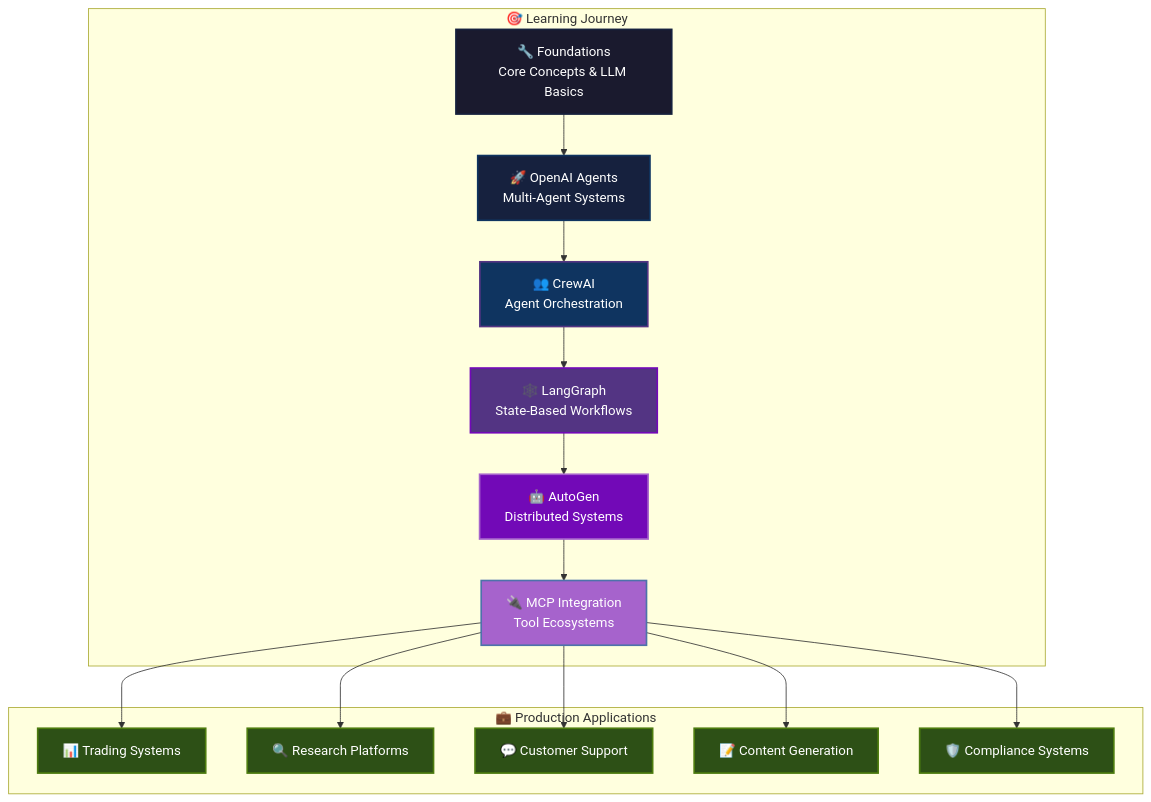
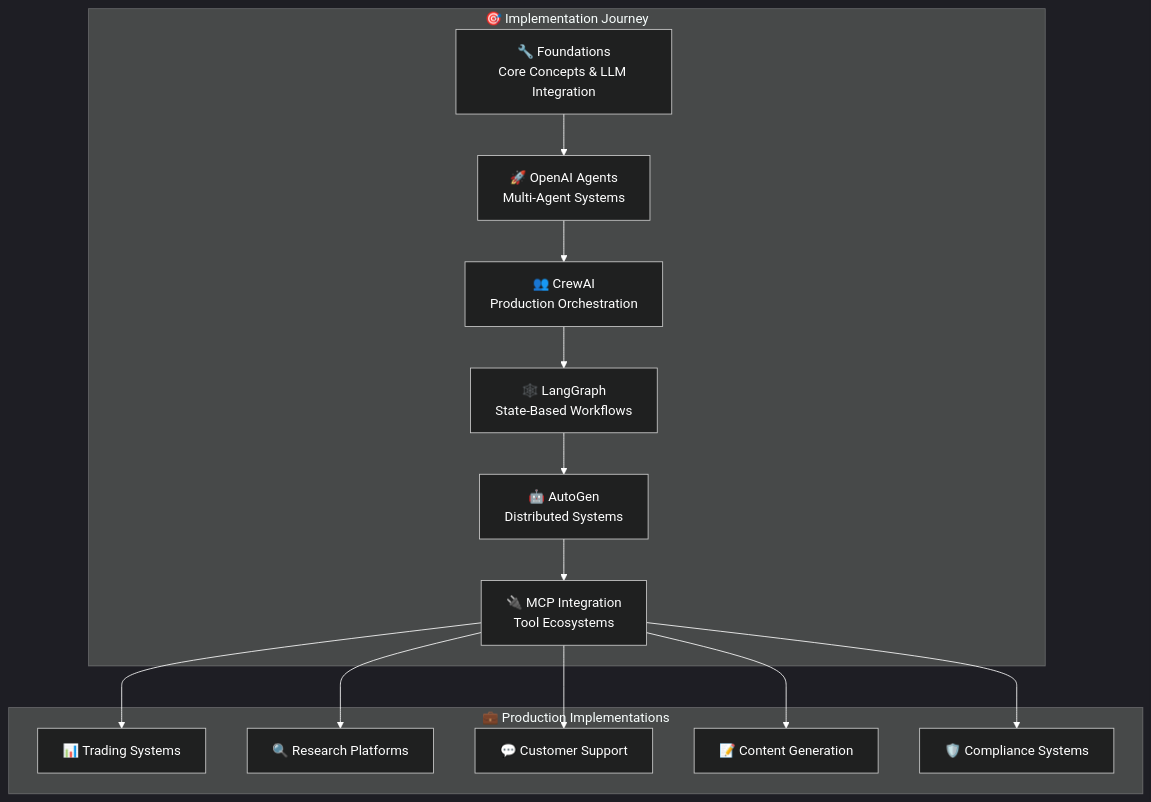
Before and after one commit to Jai-Keshav-Sharma/Agentic-AI-Frameworks: the first of 5 diagrams in README.md, drawn with Mermaid. The commit also changed other lines of this file, not shown here.

````diff
--- a/README.md
+++ b/README.md
@@ -21,40 +21,25 @@
 ```mermaid
+%%{init: {'theme':'dark', 'themeVariables': {'primaryColor': '#4CAF50', 'primaryTextColor': '#ffffff', 'primaryBorderColor': '#4CAF50', 'lineColor': '#ffffff', 'sectionBkColor': '#1e1e1e', 'altSectionBkColor': '#2d2d2d', 'gridColor': '#404040', 'textColor': '#ffffff', 'taskBkColor': '#404040', 'taskTextColor': '#ffffff', 'taskTextLightColor': '#ffffff', 'taskTextOutsideColor': '#ffffff', 'activeTaskBkColor': '#4CAF50', 'activeTaskBorderColor': '#4CAF50', 'cScale0': '#1a1a2e', 'cScale1': '#16213e', 'cScale2': '#0f3460', 'cScale3': '#533483', 'cScale4': '#7209b7', 'cScale5': '#a663cc'}}}%%
 graph TB
-    subgraph "🎯 Learning Journey"
-        A[🔧 Foundations<br/>Core Concepts & LLM Basics] --> B[🚀 OpenAI Agents<br/>Multi-Agent Systems]
-        B --> C[👥 CrewAI<br/>Agent Orchestration]
+    subgraph "🎯 Implementation Journey"
+        A[🔧 Foundations<br/>Core Concepts & LLM Integration] --> B[🚀 OpenAI Agents<br/>Multi-Agent Systems]
+        B --> C[👥 CrewAI<br/>Production Orchestration]
         C --> D[🕸️ LangGraph<br/>State-Based Workflows]
         D --> E[🤖 AutoGen<br/>Distributed Systems]
         E --> F[🔌 MCP Integration<br/>Tool Ecosystems]
     end
     
-    subgraph "💼 Production Applications"
+    subgraph "💼 Production Implementations"
         G[📊 Trading Systems]
         H[🔍 Research Platforms]
         I[💬 Customer Support]
         J[📝 Content Generation]
         K[🛡️ Compliance Systems]
     end
     
     F --> G
     F --> H
     F --> I
     F --> J
     F --> K
-    
-    classDef foundations fill:#1a1a2e,stroke:#16213e,stroke-width:2px,color:#ffffff
-    classDef openai fill:#16213e,stroke:#0f3460,stroke-width:2px,color:#ffffff
-    classDef crew fill:#0f3460,stroke:#533483,stroke-width:2px,color:#ffffff
-    classDef langgraph fill:#533483,stroke:#7209b7,stroke-width:2px,color:#ffffff
-    classDef autogen fill:#7209b7,stroke:#a663cc,stroke-width:2px,color:#ffffff
-    classDef mcp fill:#a663cc,stroke:#4d72aa,stroke-width:2px,color:#ffffff
-    classDef apps fill:#2d5016,stroke:#4d7c0f,stroke-width:2px,color:#ffffff
-    
-    class A foundations
-    class B openai
-    class C crew
-    class D langgraph
-    class E autogen
-    class F mcp
-    class G,H,I,J,K apps
 ```
````
